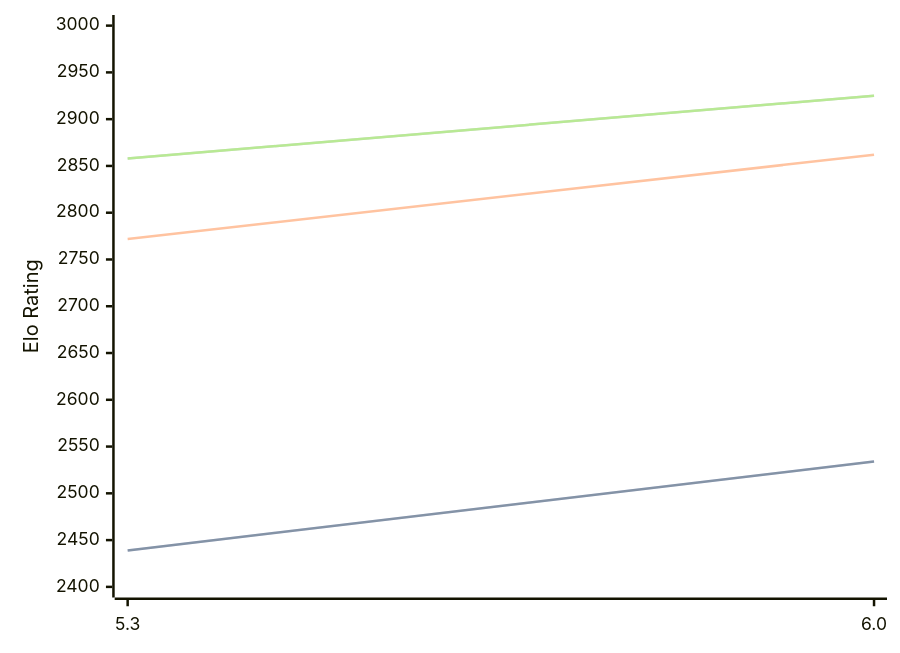
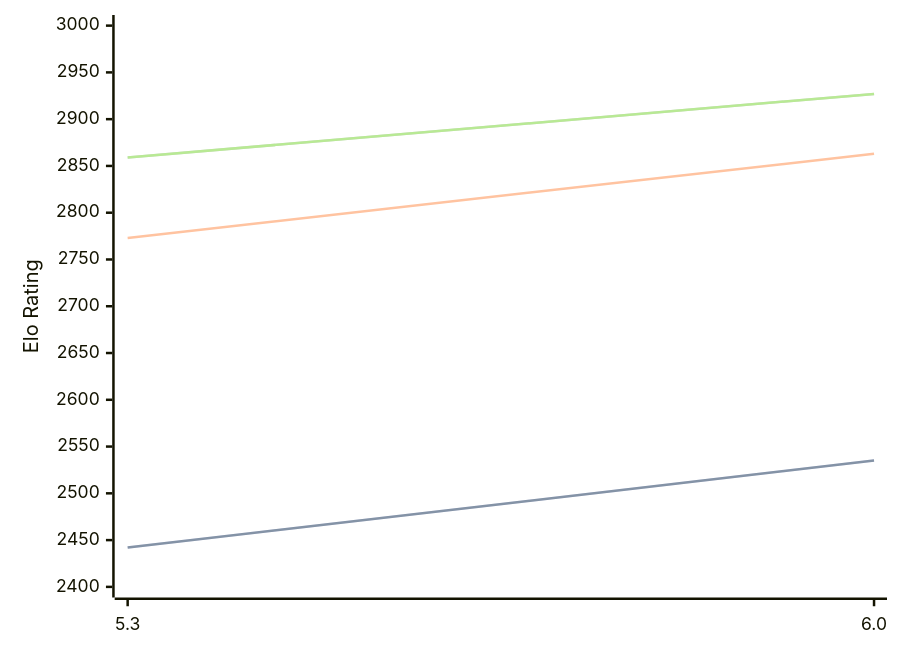
One commit to computer-chess-index/cci changed the diagram in engines/tomitankChess.md. Above: the diagram before and after it, drawn with Mermaid. The commit also changed other lines of this file, not shown here.

Commit message:
Update CCI Ratings (ELO VLTC) - 2026-05-16

````diff
--- a/engines/tomitankChess.md
+++ b/engines/tomitankChess.md
@@ -40,11 +40,11 @@
 ```mermaid
 %%{init: {"theme":"base","themeVariables":{"seriesColors:['#a3a3a3','#222221','#faa371']}}}%%
 xychart-beta
   x-axis ["5.3", "6.0"]
   y-axis "Elo Rating" 2400 --> 3000
-  line "STC (8.0+0.08s)" [2439, 2534]
-  line "STC (8.0+0.08s)" [2439, 2534]
-  line "LTC (60.0+0.60s)" [2772, 2862]
-  line "VLTC (2m24s+1.12s)" [2858, 2925]
-  line "VLTC (2m24s+1.12s)" [2858, 2925]
+  line "STC (8.0+0.08s)" [2442, 2535]
+  line "STC (8.0+0.08s)" [2442, 2535]
+  line "LTC (60.0+0.60s)" [2773, 2863]
+  line "VLTC (2m24s+1.12s)" [2859, 2927]
+  line "VLTC (2m24s+1.12s)" [2859, 2927]
 ```
````
